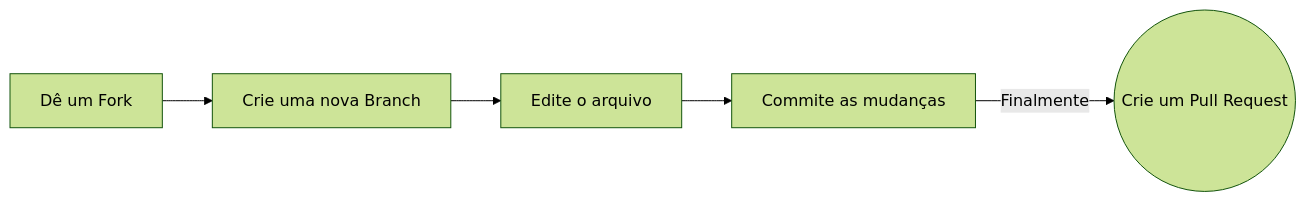
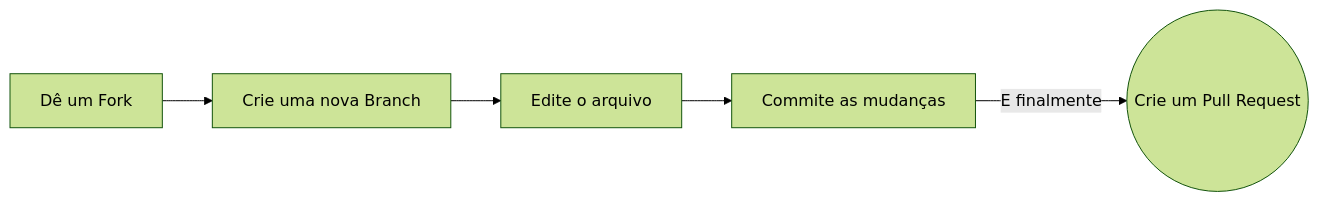
One commit to ahmadsohail404/Hacktoberfest-2022 changed the diagram in languages/pt-br.md. Above: the diagram before and after it, drawn with Mermaid (forest theme).

Commit message:
pt-br added

````diff
--- a/languages/pt-br.md
+++ b/languages/pt-br.md
@@ -41,8 +41,8 @@
 ```mermaid
 flowchart LR
     Fork[Dê um Fork]-->branch[Crie uma nova Branch]
     branch -->Edição[Edite o arquivo]
     Edição -->commit[Commite as mudanças]
-    commit -->|Finalmente|creatpr((Crie um Pull Request))
+    commit -->|E finalmente|creatpr((Crie um Pull Request))
 
 ```
````
